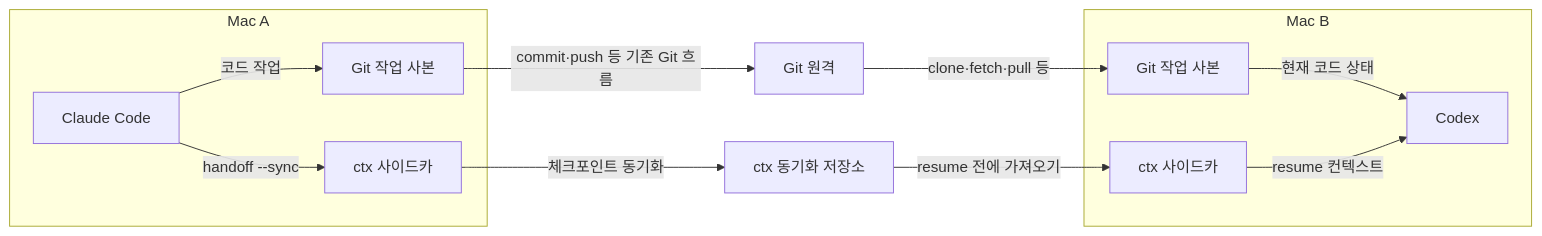
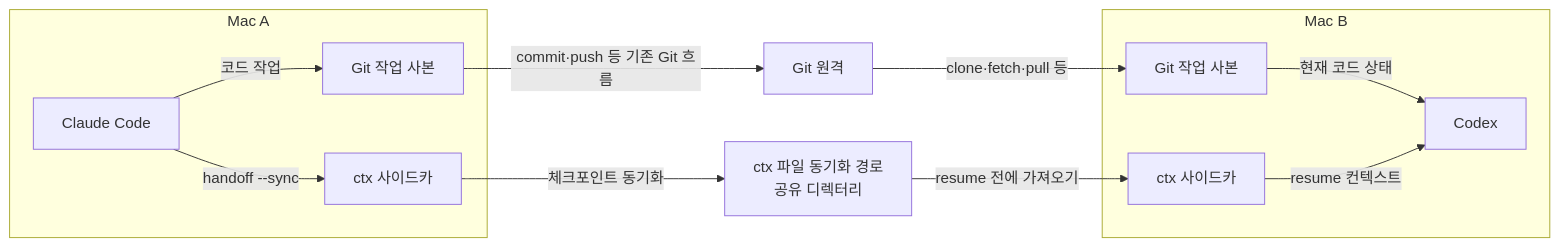
One commit to robinjoon/ai-kit changed the fourth of 7 diagrams in docs/user-scenarios.md. Above: the diagram before and after it, drawn with Mermaid. The commit also changed other lines of this file and 11 other files, not shown here.

````diff
--- a/docs/user-scenarios.md
+++ b/docs/user-scenarios.md
@@ -97,26 +99,26 @@
 ```mermaid
 flowchart LR
     subgraph A["Mac A"]
         A_APP["Claude Code"]
         A_GIT["Git 작업 사본"]
         A_CTX["ctx 사이드카"]
         A_APP -->|"코드 작업"| A_GIT
         A_APP -->|"handoff --sync"| A_CTX
     end
 
     GIT_REMOTE["Git 원격"]
-    CTX_REMOTE["ctx 동기화 저장소"]
+    CTX_REMOTE["ctx 파일 동기화 경로<br/>공유 디렉터리"]
 
     subgraph B["Mac B"]
         B_GIT["Git 작업 사본"]
         B_CTX["ctx 사이드카"]
         B_APP["Codex"]
         B_GIT -->|"현재 코드 상태"| B_APP
         B_CTX -->|"resume 컨텍스트"| B_APP
     end
 
     A_GIT -->|"commit·push 등 기존 Git 흐름"| GIT_REMOTE
     GIT_REMOTE -->|"clone·fetch·pull 등"| B_GIT
     A_CTX -->|"체크포인트 동기화"| CTX_REMOTE
     CTX_REMOTE -->|"resume 전에 가져오기"| B_CTX
 ```
````
